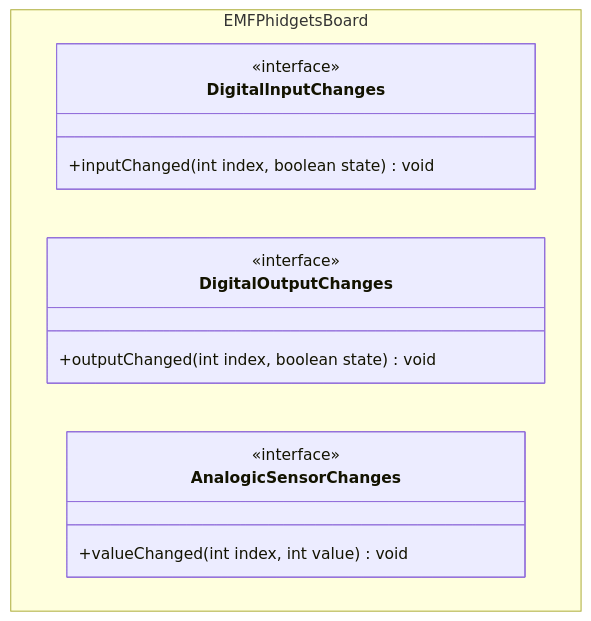
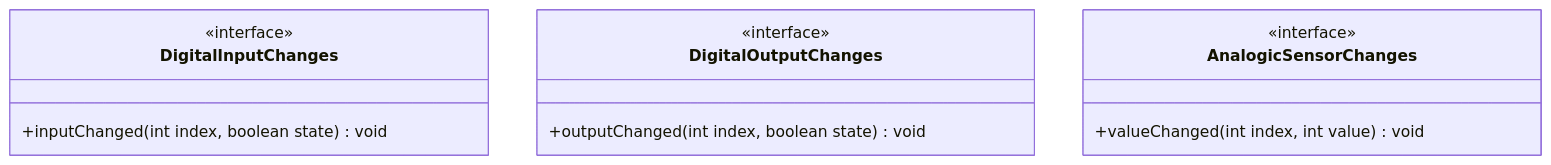
Before and after one commit to emf-info/EMFPhidgetBoard: the second of 2 diagrams in EMFPhidgetsBoardExAdvanced.md, drawn with Mermaid.

Commit message:
Suppression packages inutiles pour lecture des consignes directement sur GitHub

````diff
--- a/EMFPhidgetsBoardExAdvanced.md
+++ b/EMFPhidgetsBoardExAdvanced.md
@@ -108,17 +108,17 @@
 ```mermaid
 classDiagram
-namespace EMFPhidgetsBoard {
+
 class DigitallnputChanges {
     <<interface>>
    +inputChanged(int index, boolean state) void
 }
 class DigitalOutputChanges {
     <<interface>>
    +outputChanged(int index, boolean state) void
 }
 class AnalogicSensorChanges {
     <<interface>>
    +valueChanged(int index, int value) void
 }
-}
+
 ```
````
